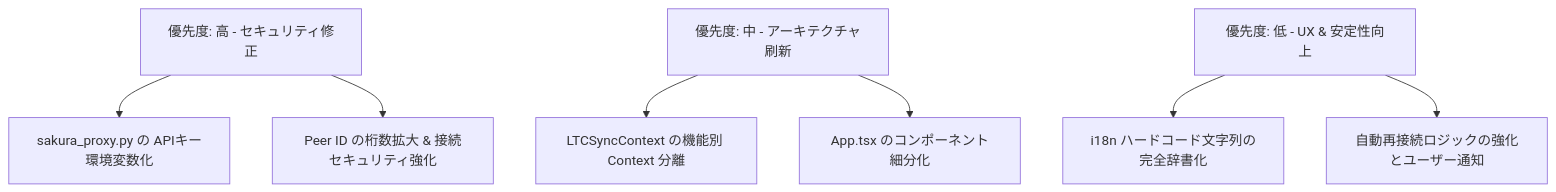
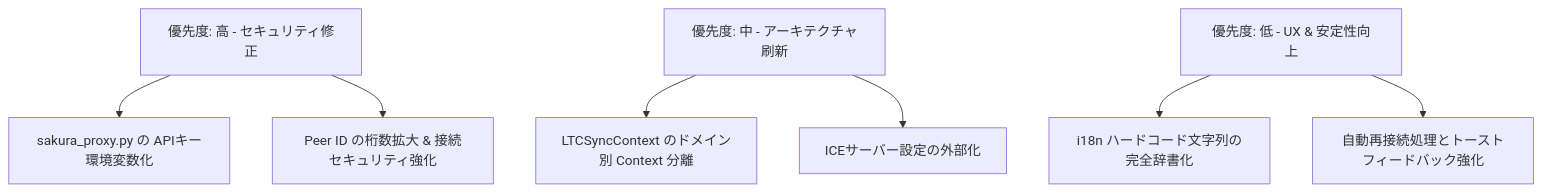
Before and after one commit to O-rengeman/Phone-TC: the diagram in SYSTEM_CODE_REVIEW.md, drawn with Mermaid. The commit also changed other lines of this file, not shown here.

````diff
--- a/SYSTEM_CODE_REVIEW.md
+++ b/SYSTEM_CODE_REVIEW.md
@@ -159,11 +145,11 @@
 ```mermaid
 flowchart TD
     A[優先度: 高 - セキュリティ修正] --> A1[sakura_proxy.py の APIキー環境変数化]
     A --> A2[Peer ID の桁数拡大 & 接続セキュリティ強化]
     
-    B[優先度: 中 - アーキテクチャ刷新] --> B1[LTCSyncContext の機能別 Context 分離]
-    B --> B2[App.tsx のコンポーネント細分化]
+    B[優先度: 中 - アーキテクチャ刷新] --> B1[LTCSyncContext のドメイン別 Context 分離]
+    B --> B2[ICEサーバー設定の外部化]
     
     C[優先度: 低 - UX & 安定性向上] --> C1[i18n ハードコード文字列の完全辞書化]
-    C --> C2[自動再接続ロジックの強化とユーザー通知]
+    C --> C2[自動再接続処理とトーストフィードバック強化]
 ```
````
